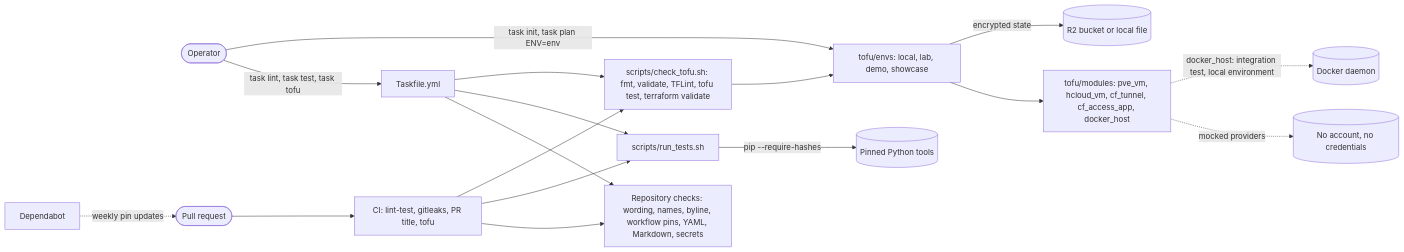
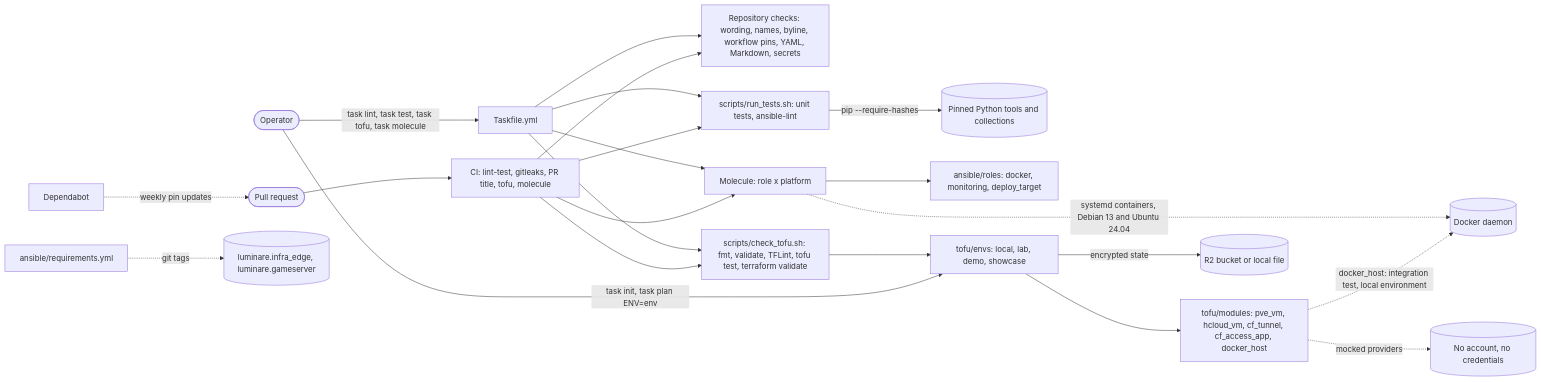
Before and after one commit to luminare-dev/infra-edge-lab: the diagram in README.md, drawn with Mermaid. The commit also changed other lines of this file and 81 other files, not shown here.

````diff
--- a/README.md
+++ b/README.md
@@ -63,19 +79,24 @@
 ```mermaid
 flowchart LR
-    operator(["Operator"]) -->|"task lint, task test, task tofu"| taskfile["Taskfile.yml"]
-    pr(["Pull request"]) --> ci["CI: lint-test, gitleaks, PR title, tofu"]
+    operator(["Operator"]) -->|"task lint, task test, task tofu, task molecule"| taskfile["Taskfile.yml"]
+    pr(["Pull request"]) --> ci["CI: lint-test, gitleaks, PR title, tofu, molecule"]
     deps["Dependabot"] -.->|"weekly pin updates"| pr
     taskfile --> checks["Repository checks: wording, names, byline, workflow pins, YAML, Markdown, secrets"]
     ci --> checks
-    taskfile --> tests["scripts/run_tests.sh"]
+    taskfile --> tests["scripts/run_tests.sh: unit tests, ansible-lint"]
     ci --> tests
-    tests -->|"pip --require-hashes"| tools[("Pinned Python tools")]
+    tests -->|"pip --require-hashes"| tools[("Pinned Python tools and collections")]
+    taskfile --> molecule["Molecule: role x platform"]
+    ci --> molecule
+    molecule --> roles["ansible/roles: docker, monitoring, deploy_target"]
+    molecule -.->|"systemd containers, Debian 13 and Ubuntu 24.04"| docker
+    requirements["ansible/requirements.yml"] -.->|"git tags"| collections[("luminare.infra_edge, luminare.gameserver")]
     taskfile --> tofu["scripts/check_tofu.sh: fmt, validate, TFLint, tofu test, terraform validate"]
     ci --> tofu
     tofu --> envs["tofu/envs: local, lab, demo, showcase"]
     operator -->|"task init, task plan ENV=env"| envs
     envs --> modules["tofu/modules: pve_vm, hcloud_vm, cf_tunnel, cf_access_app, docker_host"]
     envs -->|"encrypted state"| state[("R2 bucket or local file")]
     modules -.->|"mocked providers"| mocks[("No account, no credentials")]
     modules -.->|"docker_host: integration test, local environment"| docker[("Docker daemon")]
 ```
````
